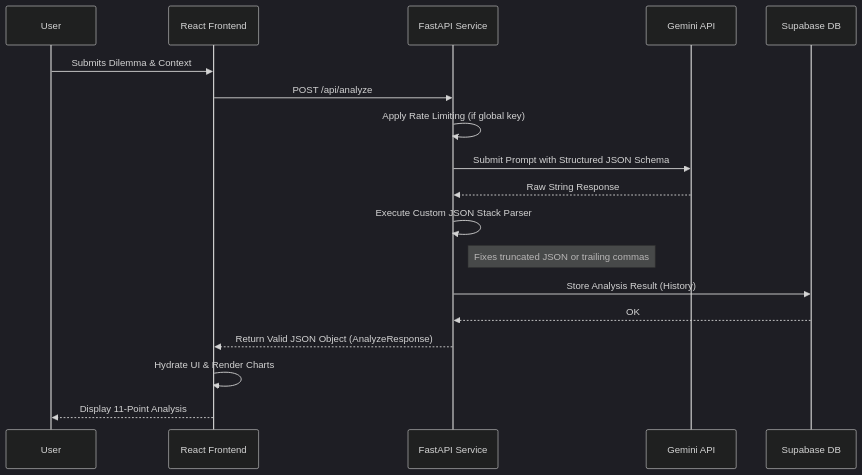
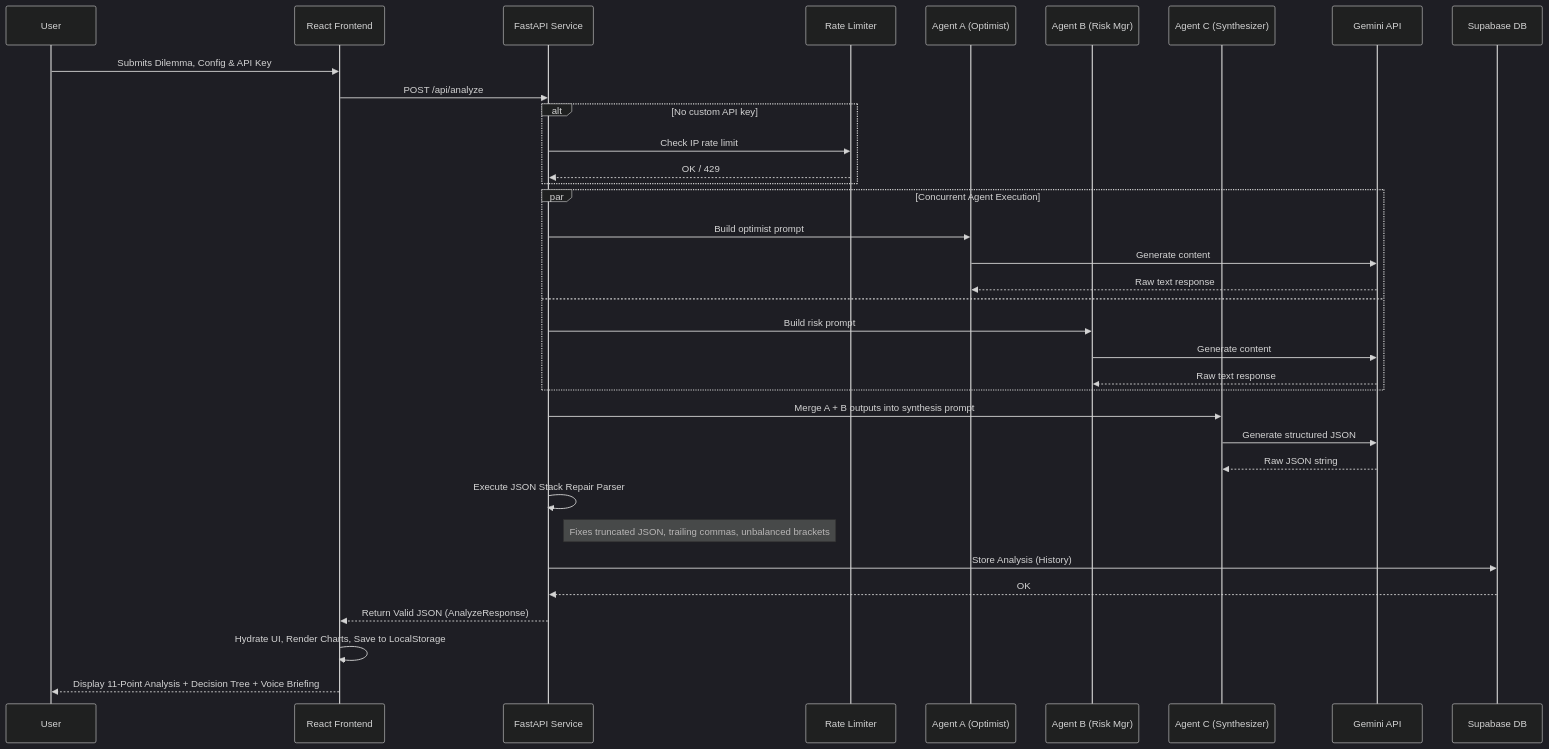
Before and after one commit to dharshan-devx/Ai-Decision-Engine: the third of 8 diagrams in Architecture.md, drawn with Mermaid (dark theme). The commit also changed other lines of this file, not shown here.

````diff
--- a/Architecture.md
+++ b/Architecture.md
@@ -79,25 +142,44 @@
 ```mermaid
 sequenceDiagram
     participant User
     participant React Frontend
     participant FastAPI Service
+    participant Rate Limiter
+    participant Agent A (Optimist)
+    participant Agent B (Risk Mgr)
+    participant Agent C (Synthesizer)
     participant Gemini API
     participant Supabase DB
 
-    User->>React Frontend: Submits Dilemma & Context
+    User->>React Frontend: Submits Dilemma, Config & API Key
     React Frontend->>FastAPI Service: POST /api/analyze
-    FastAPI Service->>FastAPI Service: Apply Rate Limiting (if global key)
     
-    FastAPI Service->>Gemini API: Submit Prompt with Structured JSON Schema
-    Gemini API-->>FastAPI Service: Raw String Response
+    alt No custom API key
+        FastAPI Service->>Rate Limiter: Check IP rate limit
+        Rate Limiter-->>FastAPI Service: OK / 429
+    end
     
-    FastAPI Service->>FastAPI Service: Execute Custom JSON Stack Parser
-    note right of FastAPI Service: Fixes truncated JSON or trailing commas
+    par Concurrent Agent Execution
+        FastAPI Service->>Agent A (Optimist): Build optimist prompt
+        Agent A (Optimist)->>Gemini API: Generate content
+        Gemini API-->>Agent A (Optimist): Raw text response
+    and
+        FastAPI Service->>Agent B (Risk Mgr): Build risk prompt
+        Agent B (Risk Mgr)->>Gemini API: Generate content
+        Gemini API-->>Agent B (Risk Mgr): Raw text response
+    end
     
-    FastAPI Service->>Supabase DB: Store Analysis Result (History)
+    FastAPI Service->>Agent C (Synthesizer): Merge A + B outputs into synthesis prompt
+    Agent C (Synthesizer)->>Gemini API: Generate structured JSON
+    Gemini API-->>Agent C (Synthesizer): Raw JSON string
+    
+    FastAPI Service->>FastAPI Service: Execute JSON Stack Repair Parser
+    note right of FastAPI Service: Fixes truncated JSON, trailing commas, unbalanced brackets
+    
+    FastAPI Service->>Supabase DB: Store Analysis (History)
     Supabase DB-->>FastAPI Service: OK
     
-    FastAPI Service-->>React Frontend: Return Valid JSON Object (AnalyzeResponse)
-    React Frontend->>React Frontend: Hydrate UI & Render Charts
-    React Frontend-->>User: Display 11-Point Analysis
+    FastAPI Service-->>React Frontend: Return Valid JSON (AnalyzeResponse)
+    React Frontend->>React Frontend: Hydrate UI, Render Charts, Save to LocalStorage
+    React Frontend-->>User: Display 11-Point Analysis + Decision Tree + Voice Briefing
 ```
````
